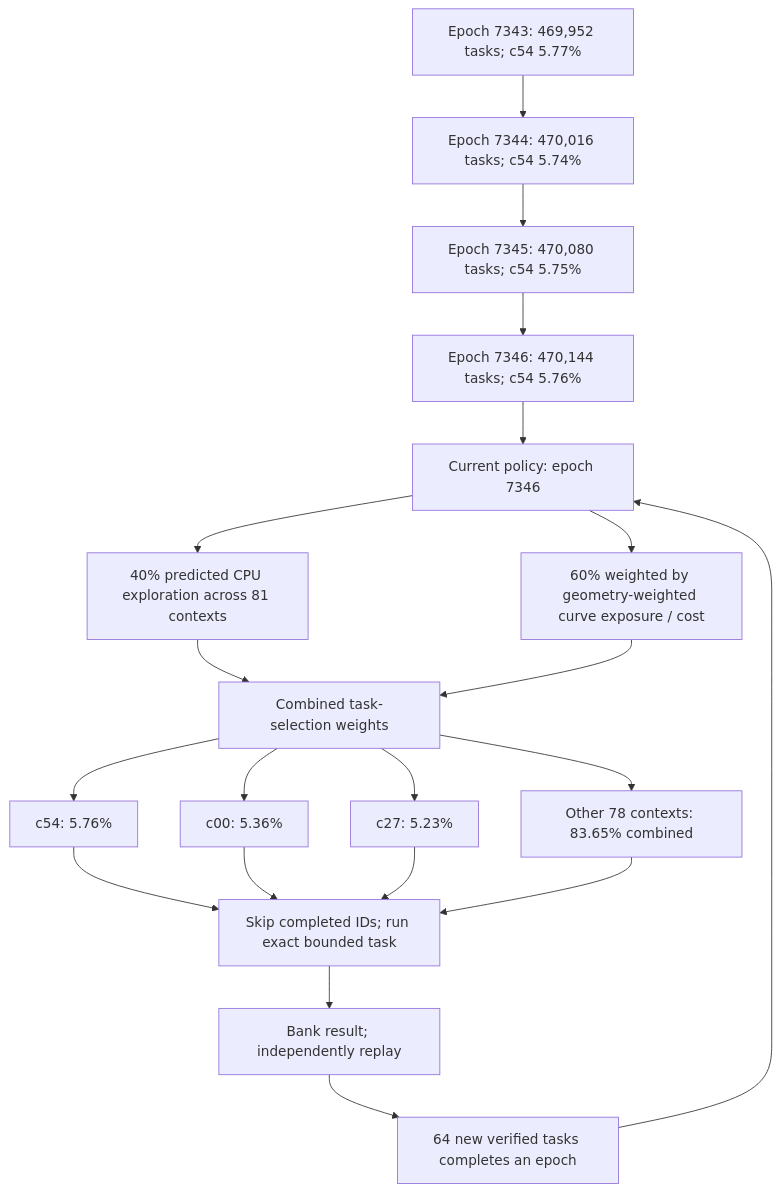
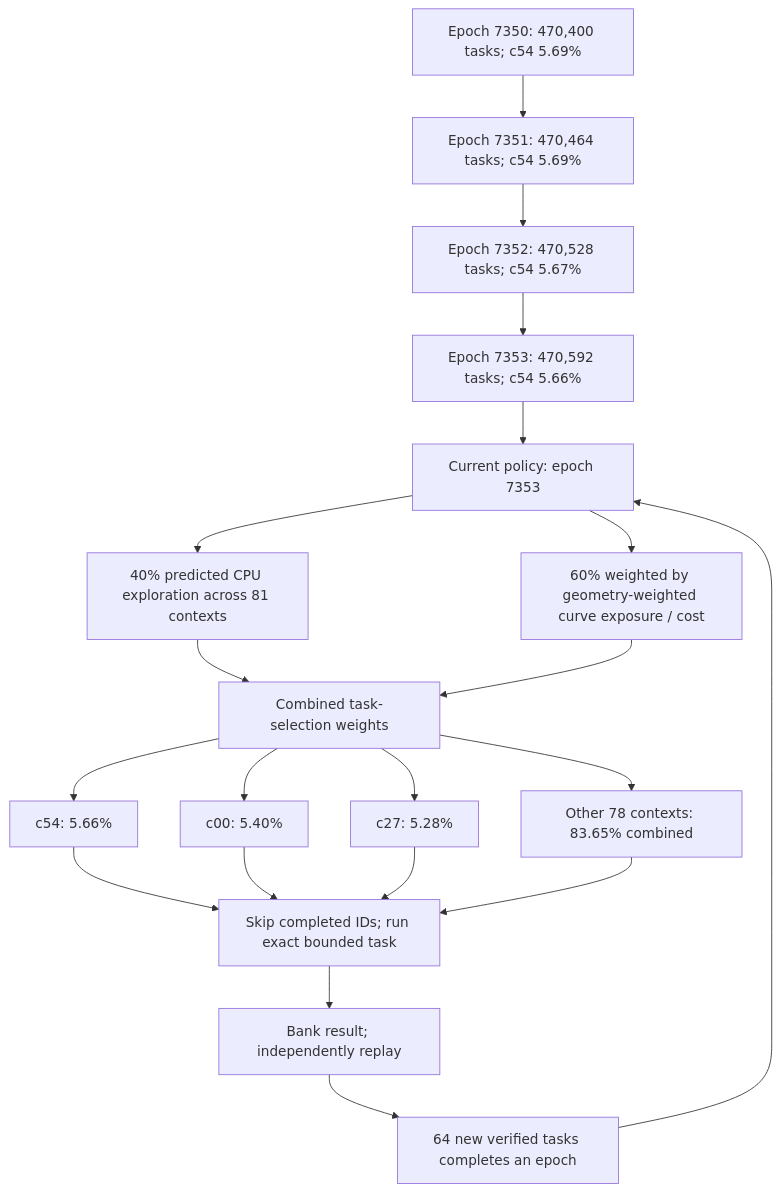
One commit to Kuberwastaken/math-gambling changed the first of 4 diagrams in README.md. Above: the diagram before and after it, drawn with Mermaid. The commit also changed other lines of this file and 1479 other files, not shown here.

````diff
--- a/README.md
+++ b/README.md
@@ -60,27 +60,27 @@
 ```mermaid
 flowchart TD
-    H0["Epoch 7343: 469,952 tasks; c54 5.77%"]
-    H1["Epoch 7344: 470,016 tasks; c54 5.74%"]
+    H0["Epoch 7350: 470,400 tasks; c54 5.69%"]
+    H1["Epoch 7351: 470,464 tasks; c54 5.69%"]
     H0 --> H1
-    H2["Epoch 7345: 470,080 tasks; c54 5.75%"]
+    H2["Epoch 7352: 470,528 tasks; c54 5.67%"]
     H1 --> H2
-    H3["Epoch 7346: 470,144 tasks; c54 5.76%"]
+    H3["Epoch 7353: 470,592 tasks; c54 5.66%"]
     H2 --> H3
-    Policy["Current policy: epoch 7346"]
+    Policy["Current policy: epoch 7353"]
     H3 --> Policy
     Policy --> Explore["40% predicted CPU exploration across 81 contexts"]
     Policy --> Cost["60% weighted by geometry-weighted curve exposure / cost"]
     Explore --> Mix["Combined task-selection weights"]
     Cost --> Mix
-    Mix --> C0["c54: 5.76%"]
-    Mix --> C1["c00: 5.36%"]
-    Mix --> C2["c27: 5.23%"]
+    Mix --> C0["c54: 5.66%"]
+    Mix --> C1["c00: 5.40%"]
+    Mix --> C2["c27: 5.28%"]
     Mix --> Rest["Other 78 contexts: 83.65% combined"]
     C0 --> Check["Skip completed IDs; run exact bounded task"]
     C1 --> Check
     C2 --> Check
     Rest --> Check
     Check --> Replay["Bank result; independently replay"]
     Replay --> Gate["64 new verified tasks completes an epoch"]
     Gate --> Policy
 ```
````
